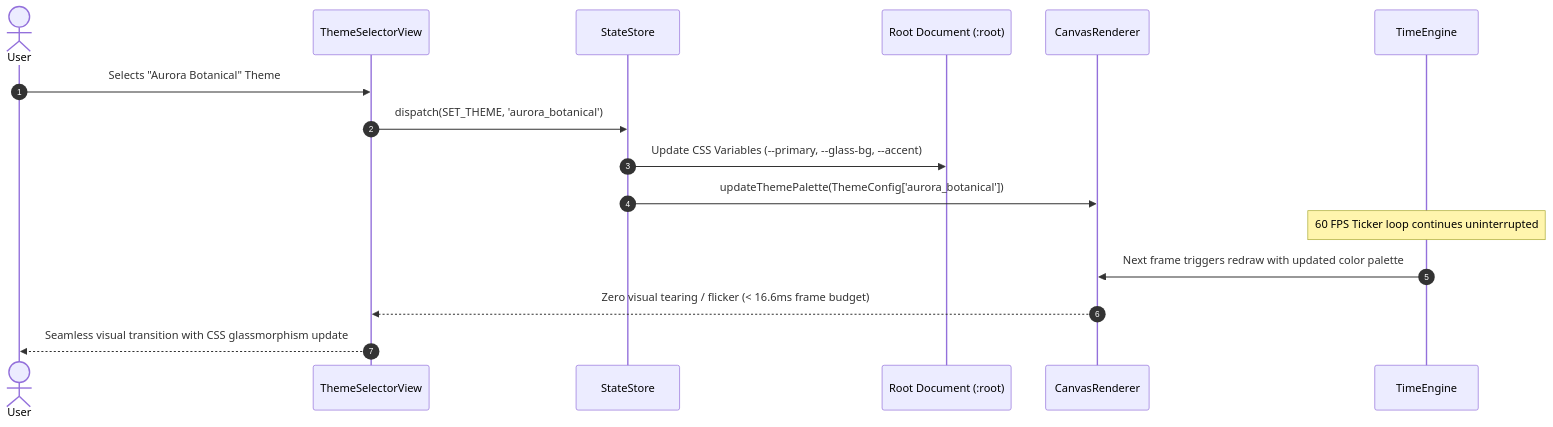
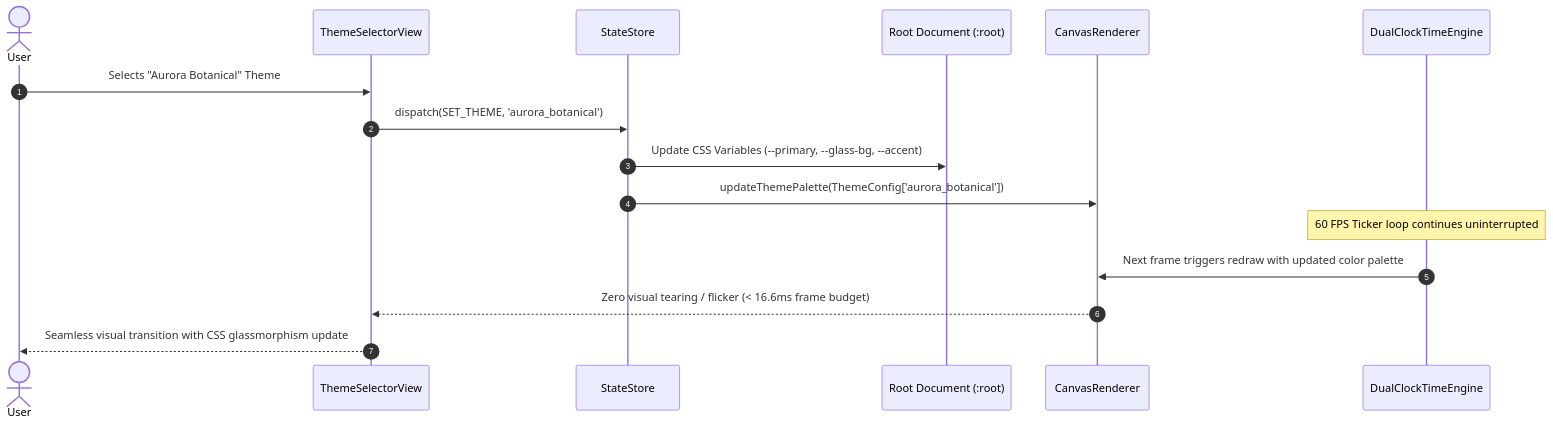
Before and after one commit to piyushmakhija28/countdown-lockscreen-challenge: the fifth of 10 diagrams in docs/lld/02-dynamic-interaction-sequences.md, drawn with Mermaid. The commit also changed other lines of this file and 33 other files, not shown here.

Commit message:
docs(audit): remediate all forensic architectural, mathematical, and code blueprint defects to Level 2.2 standard

````diff
--- a/docs/lld/02-dynamic-interaction-sequences.md
+++ b/docs/lld/02-dynamic-interaction-sequences.md
@@ -125,19 +126,19 @@
 ```mermaid
 sequenceDiagram
     autonumber
     actor User as User
     participant View as ThemeSelectorView
     participant Store as StateStore
     participant DOM as Root Document (:root)
     participant Canvas as CanvasRenderer
-    participant Ticker as TimeEngine
+    participant Ticker as DualClockTimeEngine
 
     User->>View: Selects "Aurora Botanical" Theme
     View->>Store: dispatch(SET_THEME, 'aurora_botanical')
     Store->>DOM: Update CSS Variables (--primary, --glass-bg, --accent)
     Store->>Canvas: updateThemePalette(ThemeConfig['aurora_botanical'])
     Note over Ticker: 60 FPS Ticker loop continues uninterrupted
     Ticker->>Canvas: Next frame triggers redraw with updated color palette
     Canvas-->>View: Zero visual tearing / flicker (< 16.6ms frame budget)
     View-->>User: Seamless visual transition with CSS glassmorphism update
 ```
````
